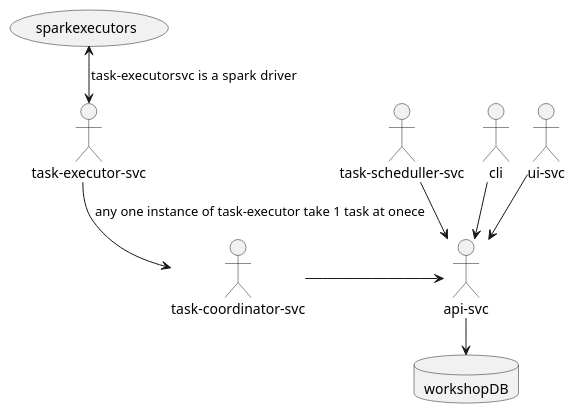
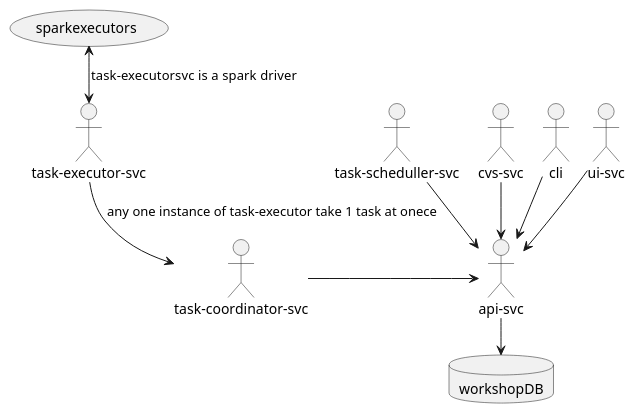
The first of 4 diagrams in doc/dataProcessConfig.MD (zaytsevdmitry/lakehouse), drawn with PlantUML before and after one commit. The commit also changed other lines of this file and 57 other files, not shown here.

````diff
--- a/doc/dataProcessConfig.MD
+++ b/doc/dataProcessConfig.MD
@@ -14,20 +13,22 @@
 ```plantuml
 @startuml
 !pragma layout smetana
 database workshopDB
 
 :ui-svc: as uisvc
 :api-svc:  as apisvc
 :task-coordinator-svc:  as taskcoordinatorsvc
 :task-executor-svc:  as taskexecutorsvc
 :task-scheduller-svc: as taskschedullersvc
+:cvs-svc: as cvssvc
 :cli: as cli
 taskcoordinatorsvc -> apisvc
 taskschedullersvc-->apisvc
+cvssvc -->apisvc
 uisvc-->apisvc
 cli-->apisvc
 apisvc-->workshopDB
 taskexecutorsvc-->taskcoordinatorsvc:any one instance of task-executor take 1 task at onece
 (sparkexecutors)<-->taskexecutorsvc:task-executorsvc is a spark  driver
 @enduml
 ```
````
